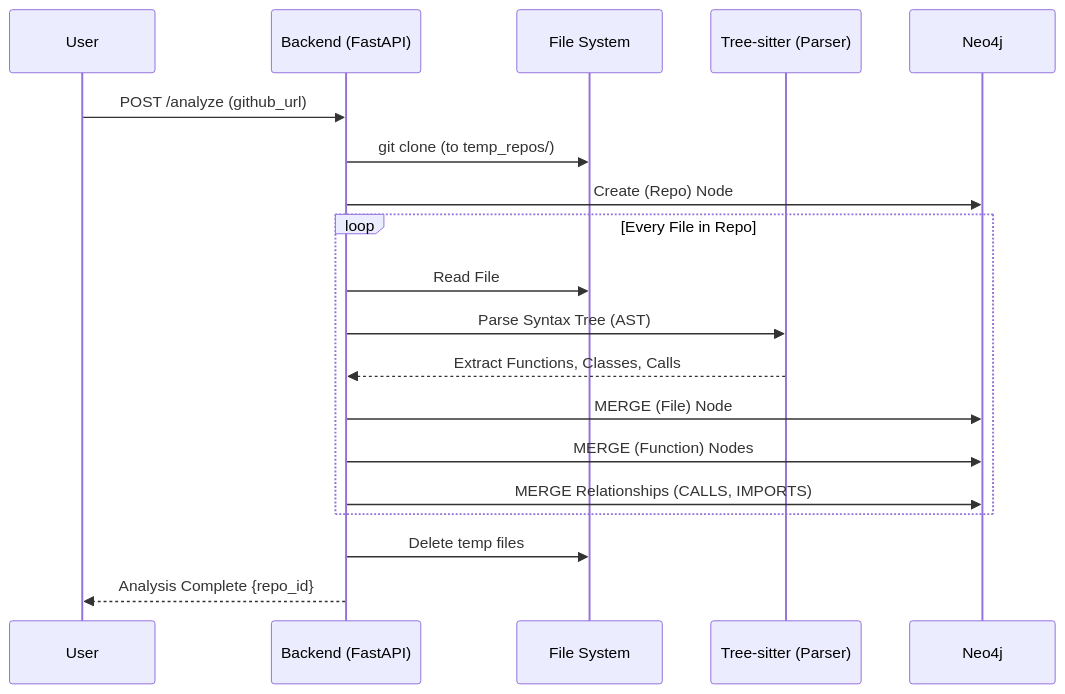
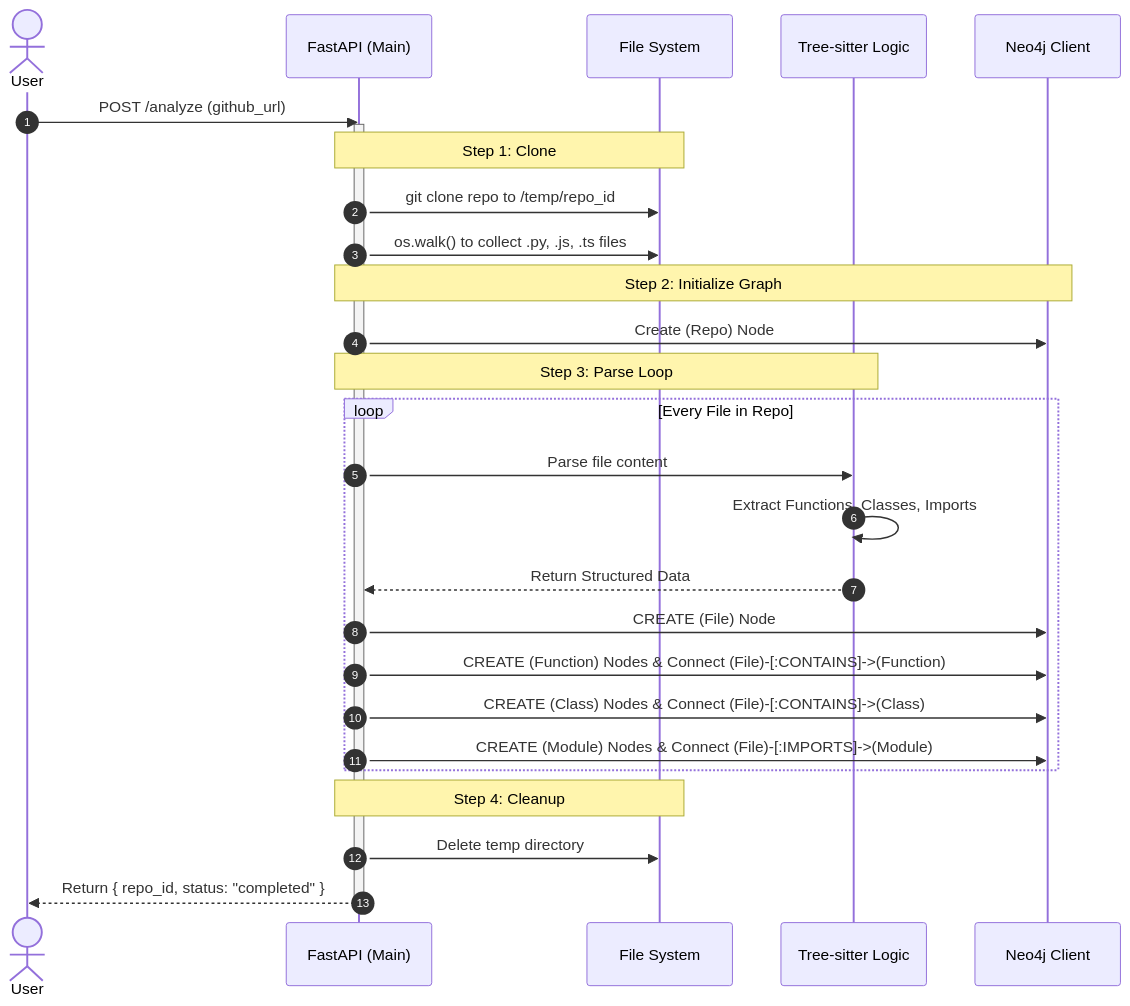
Before and after one commit to Ramakrishna1967/CodeViz: the second of 7 diagrams in PROJECT_DEEP_DIVE.md, drawn with Mermaid. The commit also changed other lines of this file and 8 other files, not shown here.

Commit message:
Add Advanced Architecture Maps to README

````diff
--- a/PROJECT_DEEP_DIVE.md
+++ b/PROJECT_DEEP_DIVE.md
@@ -42,25 +50,37 @@
 ```mermaid
 sequenceDiagram
-    participant U as User
-    participant BE as Backend (FastAPI)
+    autonumber
+    actor User
+    participant API as FastAPI (Main)
     participant FS as File System
-    participant TS as Tree-sitter (Parser)
-    participant DB as Neo4j
+    participant Parser as Tree-sitter Logic
+    participant DB as Neo4j Client
 
-    U->>BE: POST /analyze (github_url)
-    BE->>FS: git clone (to temp_repos/)
-    BE->>DB: Create (Repo) Node
+    User->>API: POST /analyze (github_url)
+    activate API
     
+    Note over API, FS: Step 1: Clone
+    API->>FS: git clone repo to /temp/repo_id
+    API->>FS: os.walk() to collect .py, .js, .ts files
+    
+    Note over API, DB: Step 2: Initialize Graph
+    API->>DB: Create (Repo) Node
+    
+    Note over API, Parser: Step 3: Parse Loop
     loop Every File in Repo
-        BE->>FS: Read File
-        BE->>TS: Parse Syntax Tree (AST)
-        TS-->>BE: Extract Functions, Classes, Calls
+        API->>Parser: Parse file content
+        Parser->>Parser: Extract Functions, Classes, Imports
+        Parser-->>API: Return Structured Data
         
-        BE->>DB: MERGE (File) Node
-        BE->>DB: MERGE (Function) Nodes
-        BE->>DB: MERGE Relationships (CALLS, IMPORTS)
+        API->>DB: CREATE (File) Node
+        API->>DB: CREATE (Function) Nodes & Connect (File)-[:CONTAINS]->(Function)
+        API->>DB: CREATE (Class) Nodes & Connect (File)-[:CONTAINS]->(Class)
+        API->>DB: CREATE (Module) Nodes & Connect (File)-[:IMPORTS]->(Module)
     end
     
-    BE->>FS: Delete temp files
-    BE-->>U: Analysis Complete {repo_id}
+    Note over API, FS: Step 4: Cleanup
+    API->>FS: Delete temp directory
+    
+    API-->>User: Return { repo_id, status: "completed" }
+    deactivate API
 ```
````
